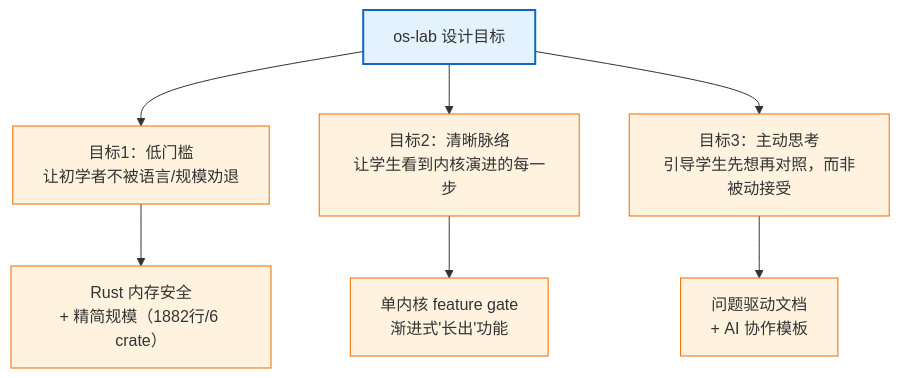
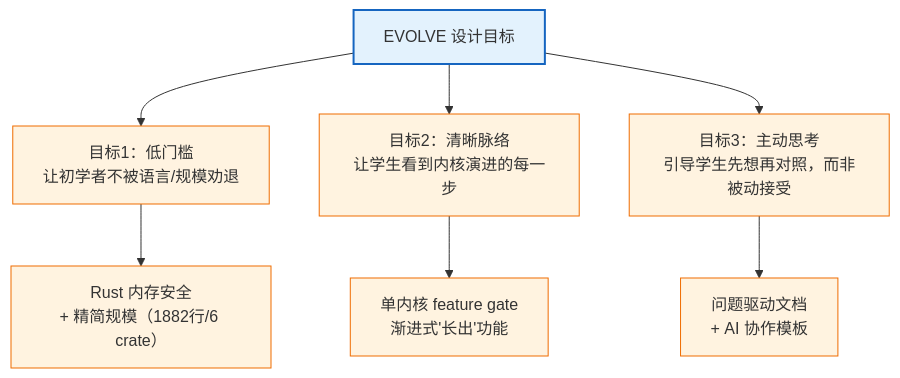
The first of 5 diagrams in os-lab/docs/design-report.md (AM-SuSh/EVOLVE), drawn with Mermaid before and after one commit. The commit also changed other lines of this file and 23 other files, not shown here.

````diff
--- a/os-lab/docs/design-report.md
+++ b/os-lab/docs/design-report.md
@@ -21,16 +21,16 @@
 ```mermaid
 graph TD
-    G["os-lab 设计目标"]
+    G["EVOLVE 设计目标"]
     G --> G1["目标1：低门槛<br/>让初学者不被语言/规模劝退"]
     G --> G2["目标2：清晰脉络<br/>让学生看到内核演进的每一步"]
     G --> G3["目标3：主动思考<br/>引导学生先想再对照，而非被动接受"]
 
     G1 --> D1["Rust 内存安全<br/>+ 精简规模（1882行/6 crate）"]
     G2 --> D2["单内核 feature gate<br/>渐进式'长出'功能"]
     G3 --> D3["问题驱动文档<br/>+ AI 协作模板"]
 
     classDef goal fill:#e3f2fd,stroke:#1565c0,stroke-width:2px;
     classDef dec fill:#fff3e0,stroke:#ef6c00;
     class G goal;
     class G1,G2,G3,D1,D2,D3 dec;
 ```
````
